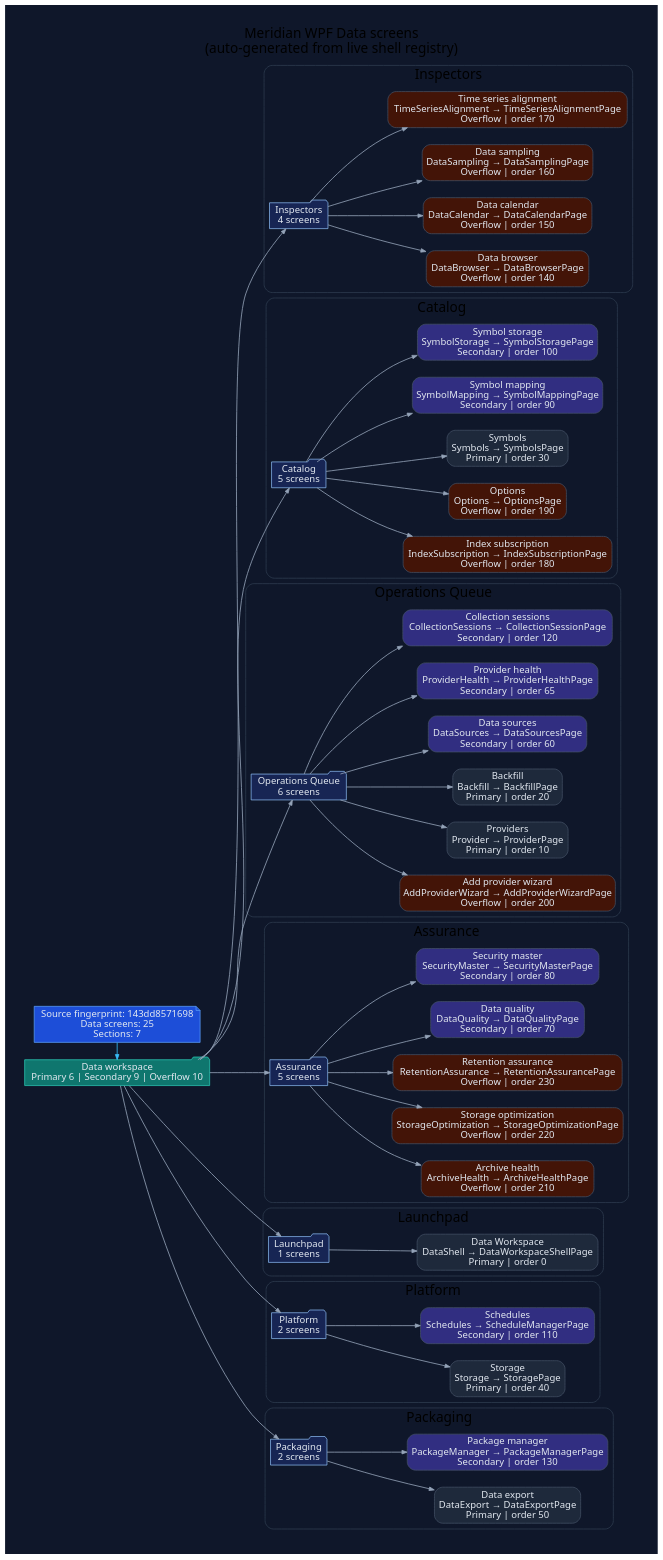
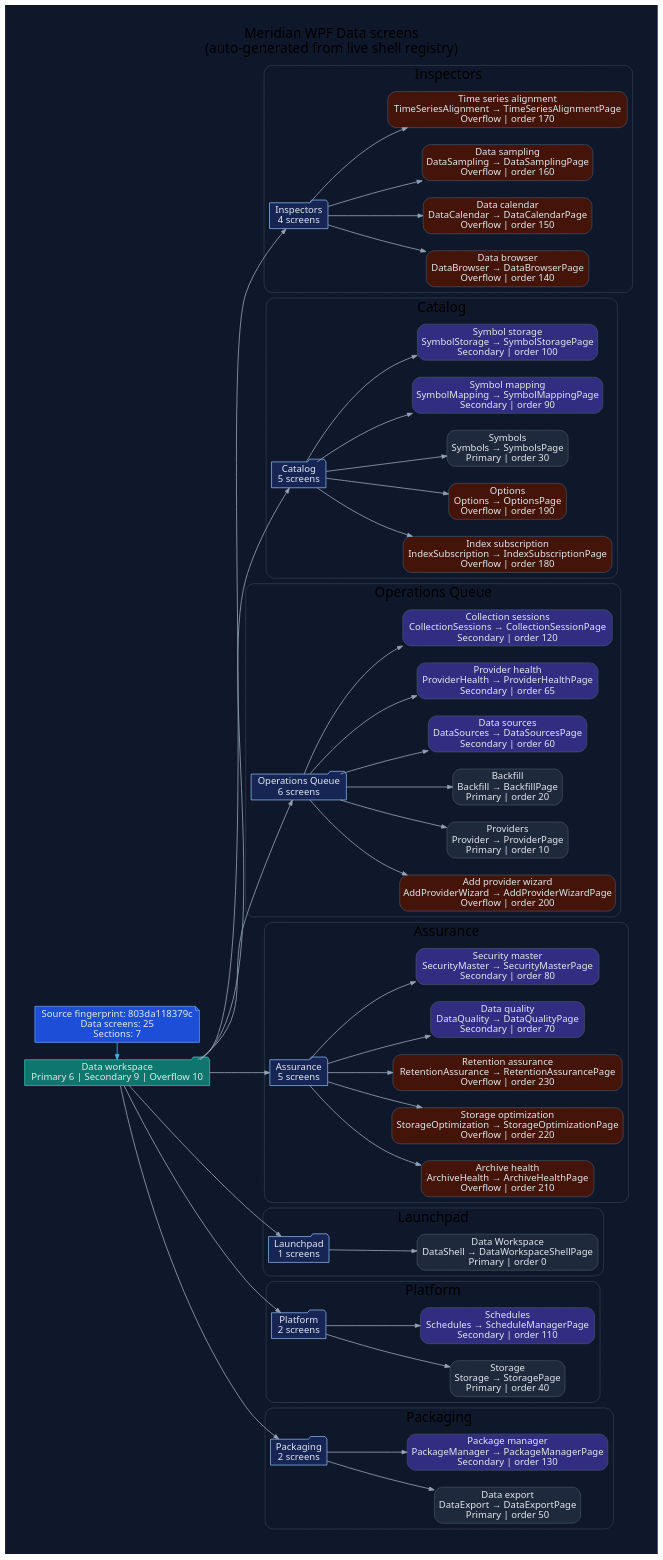
Before and after one commit to rodoHasArrived/Meridian-main: the diagram in docs/diagrams/ui/ui-wpf-screens-data.dot, drawn with Graphviz. The commit also changed 59 other files, not shown here.

```diff
--- a/docs/diagrams/ui/ui-wpf-screens-data.dot
+++ b/docs/diagrams/ui/ui-wpf-screens-data.dot
@@ -1,132 +1,132 @@
 // -----------------------------------------------------------------------------
 // <auto-generated>
 // Generated by scripts/generate-diagrams.mjs.
 // Do not edit this file directly; update the WPF source files instead.
 // -----------------------------------------------------------------------------
 digraph WpfDataScreens {
   graph [
     rankdir=LR,
     labelloc=t,
     label="Meridian WPF Data screens\n(auto-generated from live shell registry)",
     fontname="Segoe UI",
     fontsize=20,
     pad=0.4,
     nodesep=0.35,
     ranksep=0.85,
     bgcolor="#0f172a"
   ];
   node [fontname="Segoe UI", shape=box, style="rounded,filled", color="#475569", fontcolor="#e2e8f0", fillcolor="#1e293b"];
   edge [fontname="Segoe UI", color="#94a3b8", penwidth=1.2, arrowsize=0.75];
 
-  generated [shape=note, fillcolor="#1d4ed8", color="#60a5fa", label="Source fingerprint: 143dd8571698\nData screens: 25\nSections: 7"];
+  generated [shape=note, fillcolor="#1d4ed8", color="#60a5fa", label="Source fingerprint: 803da118379c\nData screens: 25\nSections: 7"];
   workspace [shape=folder, fillcolor="#0f766e", color="#2dd4bf", label="Data workspace\nPrimary 6 | Secondary 9 | Overflow 10"];
   generated -> workspace [color="#38bdf8"];
 
   subgraph cluster_section_1 {
     label="Inspectors";
     color="#334155";
     style="rounded";
     section_1 [shape=folder, fillcolor="#172554", color="#93c5fd", label="Inspectors\n4 screens"];
     workspace -> section_1;
     screen_DataBrowser [fillcolor="#431407", label="Data browser\nDataBrowser → DataBrowserPage\nOverflow | order 140"];
     section_1 -> screen_DataBrowser;
     screen_DataCalendar [fillcolor="#431407", label="Data calendar\nDataCalendar → DataCalendarPage\nOverflow | order 150"];
     section_1 -> screen_DataCalendar;
     screen_DataSampling [fillcolor="#431407", label="Data sampling\nDataSampling → DataSamplingPage\nOverflow | order 160"];
     section_1 -> screen_DataSampling;
     screen_TimeSeriesAlignment [fillcolor="#431407", label="Time series alignment\nTimeSeriesAlignment → TimeSeriesAlignmentPage\nOverflow | order 170"];
     section_1 -> screen_TimeSeriesAlignment;
   }
 
   subgraph cluster_section_2 {
     label="Catalog";
     color="#334155";
     style="rounded";
     section_2 [shape=folder, fillcolor="#172554", color="#93c5fd", label="Catalog\n5 screens"];
     workspace -> section_2;
     screen_IndexSubscription [fillcolor="#431407", label="Index subscription\nIndexSubscription → IndexSubscriptionPage\nOverflow | order 180"];
     section_2 -> screen_IndexSubscription;
     screen_Options [fillcolor="#431407", label="Options\nOptions → OptionsPage\nOverflow | order 190"];
     section_2 -> screen_Options;
     screen_Symbols [fillcolor="#1e293b", label="Symbols\nSymbols → SymbolsPage\nPrimary | order 30"];
     section_2 -> screen_Symbols;
     screen_SymbolMapping [fillcolor="#312e81", label="Symbol mapping\nSymbolMapping → SymbolMappingPage\nSecondary | order 90"];
     section_2 -> screen_SymbolMapping;
     screen_SymbolStorage [fillcolor="#312e81", label="Symbol storage\nSymbolStorage → SymbolStoragePage\nSecondary | order 100"];
     section_2 -> screen_SymbolStorage;
   }
 
   subgraph cluster_section_3 {
     label="Operations Queue";
     color="#334155";
     style="rounded";
     section_3 [shape=folder, fillcolor="#172554", color="#93c5fd", label="Operations Queue\n6 screens"];
     workspace -> section_3;
     screen_AddProviderWizard [fillcolor="#431407", label="Add provider wizard\nAddProviderWizard → AddProviderWizardPage\nOverflow | order 200"];
     section_3 -> screen_AddProviderWizard;
     screen_Provider [fillcolor="#1e293b", label="Providers\nProvider → ProviderPage\nPrimary | order 10"];
     section_3 -> screen_Provider;
     screen_Backfill [fillcolor="#1e293b", label="Backfill\nBackfill → BackfillPage\nPrimary | order 20"];
     section_3 -> screen_Backfill;
     screen_DataSources [fillcolor="#312e81", label="Data sources\nDataSources → DataSourcesPage\nSecondary | order 60"];
     section_3 -> screen_DataSources;
     screen_ProviderHealth [fillcolor="#312e81", label="Provider health\nProviderHealth → ProviderHealthPage\nSecondary | order 65"];
     section_3 -> screen_ProviderHealth;
     screen_CollectionSessions [fillcolor="#312e81", label="Collection sessions\nCollectionSessions → CollectionSessionPage\nSecondary | order 120"];
     section_3 -> screen_CollectionSessions;
   }
 
   subgraph cluster_section_4 {
     label="Assurance";
     color="#334155";
     style="rounded";
     section_4 [shape=folder, fillcolor="#172554", color="#93c5fd", label="Assurance\n5 screens"];
     workspace -> section_4;
     screen_ArchiveHealth [fillcolor="#431407", label="Archive health\nArchiveHealth → ArchiveHealthPage\nOverflow | order 210"];
     section_4 -> screen_ArchiveHealth;
     screen_StorageOptimization [fillcolor="#431407", label="Storage optimization\nStorageOptimization → StorageOptimizationPage\nOverflow | order 220"];
     section_4 -> screen_StorageOptimization;
     screen_RetentionAssurance [fillcolor="#431407", label="Retention assurance\nRetentionAssurance → RetentionAssurancePage\nOverflow | order 230"];
     section_4 -> screen_RetentionAssurance;
     screen_DataQuality [fillcolor="#312e81", label="Data quality\nDataQuality → DataQualityPage\nSecondary | order 70"];
     section_4 -> screen_DataQuality;
     screen_SecurityMaster [fillcolor="#312e81", label="Security master\nSecurityMaster → SecurityMasterPage\nSecondary | order 80"];
     section_4 -> screen_SecurityMaster;
   }
 
   subgraph cluster_section_5 {
     label="Launchpad";
     color="#334155";
     style="rounded";
     section_5 [shape=folder, fillcolor="#172554", color="#93c5fd", label="Launchpad\n1 screens"];
     workspace -> section_5;
     screen_DataShell [fillcolor="#1e293b", label="Data Workspace\nDataShell → DataWorkspaceShellPage\nPrimary | order 0"];
     section_5 -> screen_DataShell;
   }
 
   subgraph cluster_section_6 {
     label="Platform";
     color="#334155";
     style="rounded";
     section_6 [shape=folder, fillcolor="#172554", color="#93c5fd", label="Platform\n2 screens"];
     workspace -> section_6;
     screen_Storage [fillcolor="#1e293b", label="Storage\nStorage → StoragePage\nPrimary | order 40"];
     section_6 -> screen_Storage;
     screen_Schedules [fillcolor="#312e81", label="Schedules\nSchedules → ScheduleManagerPage\nSecondary | order 110"];
     section_6 -> screen_Schedules;
   }
 
   subgraph cluster_section_7 {
     label="Packaging";
     color="#334155";
     style="rounded";
     section_7 [shape=folder, fillcolor="#172554", color="#93c5fd", label="Packaging\n2 screens"];
     workspace -> section_7;
     screen_DataExport [fillcolor="#1e293b", label="Data export\nDataExport → DataExportPage\nPrimary | order 50"];
     section_7 -> screen_DataExport;
     screen_PackageManager [fillcolor="#312e81", label="Package manager\nPackageManager → PackageManagerPage\nSecondary | order 130"];
     section_7 -> screen_PackageManager;
   }
 
   { rank=min; generated; workspace; }
 }
```
